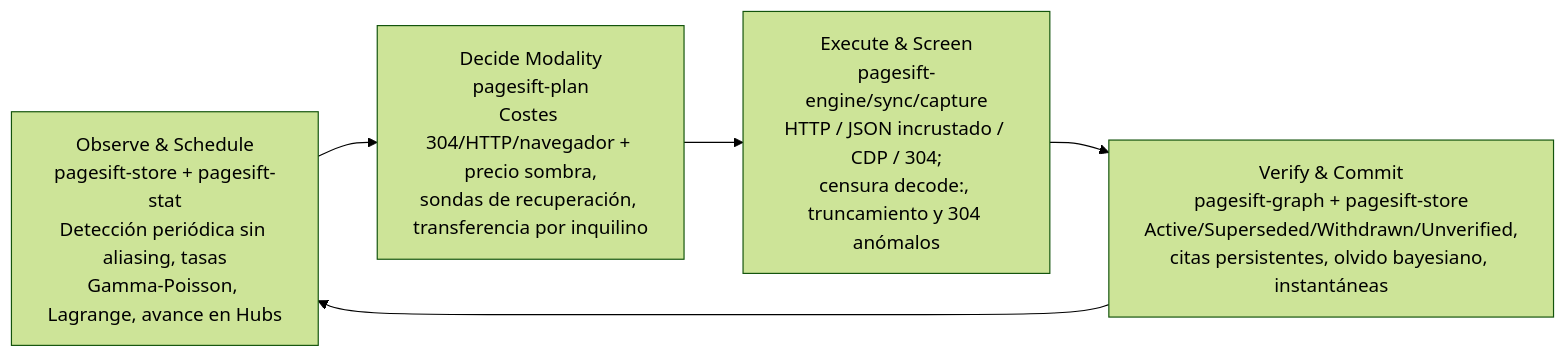
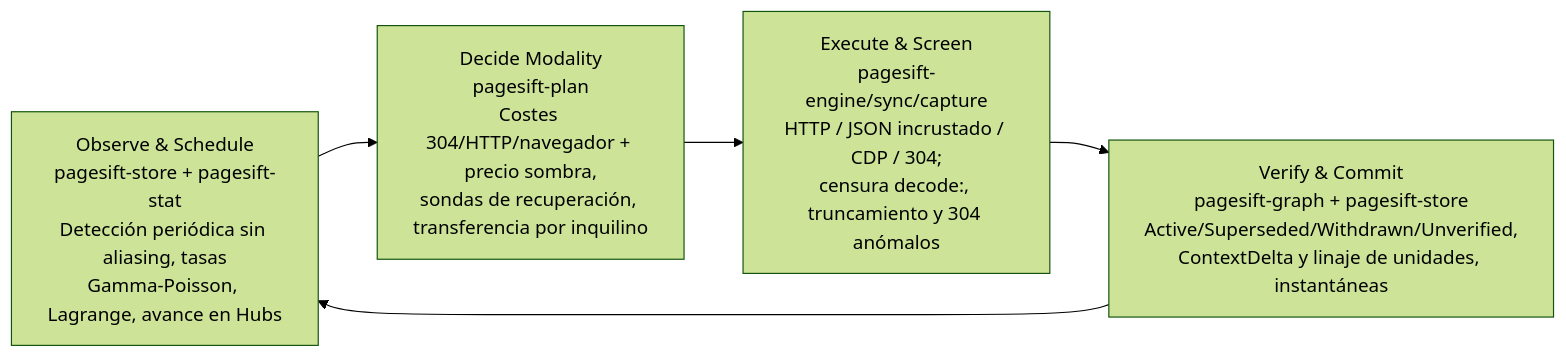
One commit to YOLOW92/pagesift changed the second of 4 diagrams in docs/README.es.md. Above: the diagram before and after it, drawn with Mermaid (forest theme). The commit also changed other lines of this file and 167 other files, not shown here.

````diff
--- a/docs/README.es.md
+++ b/docs/README.es.md
@@ -176,9 +185,9 @@
 ```mermaid
 flowchart LR
     Obs["Observe & Schedule<br/>pagesift-store + pagesift-stat<br/>Detección periódica sin aliasing, tasas<br/>Gamma-Poisson, Lagrange, avance en Hubs"]
     Dec["Decide Modality<br/>pagesift-plan<br/>Costes 304/HTTP/navegador + precio sombra,<br/>sondas de recuperación, transferencia por inquilino"]
     Exe["Execute & Screen<br/>pagesift-engine/sync/capture<br/>HTTP / JSON incrustado / CDP / 304;<br/>censura decode:, truncamiento y 304 anómalos"]
-    Ver["Verify & Commit<br/>pagesift-graph + pagesift-store<br/>Active/Superseded/Withdrawn/Unverified,<br/>citas persistentes, olvido bayesiano, instantáneas"]
+    Ver["Verify & Commit<br/>pagesift-graph + pagesift-store<br/>Active/Superseded/Withdrawn/Unverified,<br/>ContextDelta y linaje de unidades, instantáneas"]
 
     Obs --> Dec --> Exe --> Ver --> Obs
 ```
````
